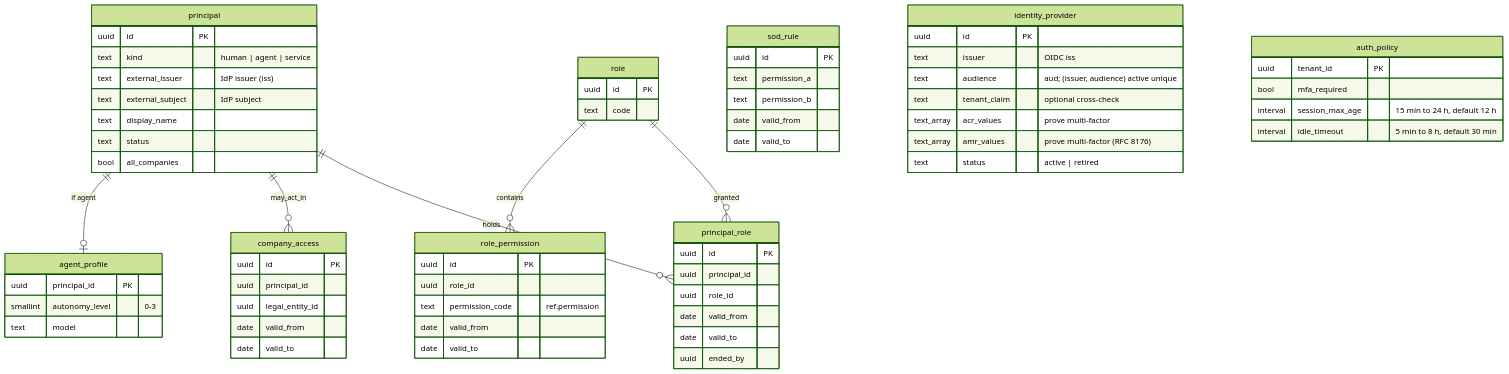
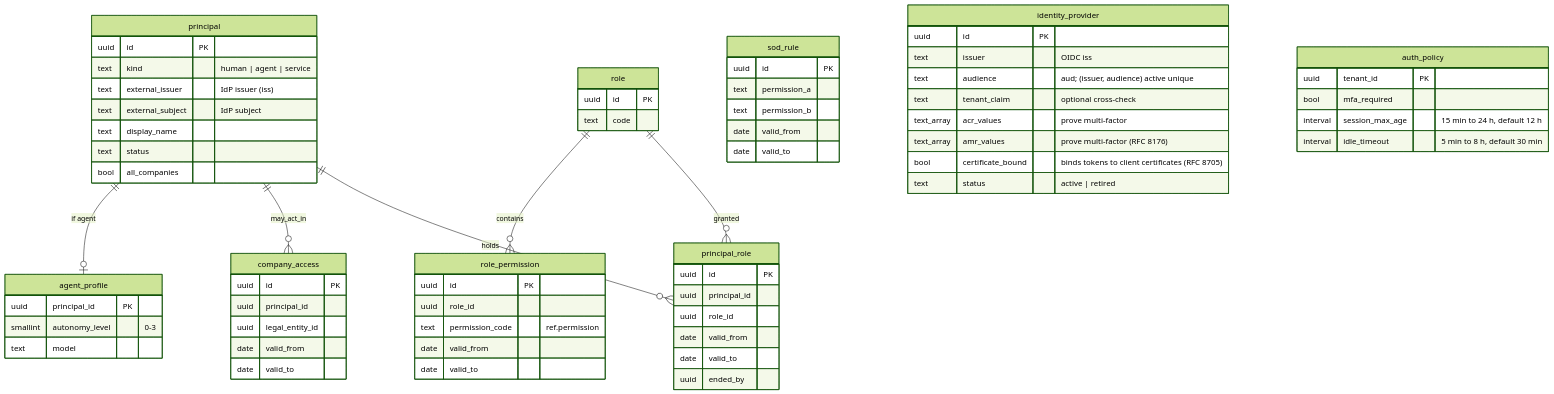
One commit to mustie7iy/agentic-erp changed the second of 9 diagrams in docs/design/03-data-model.md. Above: the diagram before and after it, drawn with Mermaid (forest theme). The commit also changed other lines of this file and 3 other files, not shown here.

First line of the commit message:
Migration 000058: identity providers say whether they bind tokens to certificates (T38d)

````diff
--- a/docs/design/03-data-model.md
+++ b/docs/design/03-data-model.md
@@ -134,54 +134,55 @@
 ```mermaid
 erDiagram
   principal ||--o{ principal_role : holds
   role ||--o{ principal_role : granted
   role ||--o{ role_permission : contains
   principal ||--o{ company_access : may_act_in
   principal ||--o| agent_profile : "if agent"
   principal {
     uuid id PK
     text kind "human | agent | service"
     text external_issuer "IdP issuer (iss)"
     text external_subject "IdP subject"
     text display_name
     text status
     bool all_companies
   }
   role { uuid id PK
     text code }
   role_permission { uuid id PK
     uuid role_id
     text permission_code "ref.permission"
     date valid_from
     date valid_to }
   principal_role { uuid id PK
     uuid principal_id
     uuid role_id
     date valid_from
     date valid_to
     uuid ended_by }
   company_access { uuid id PK
     uuid principal_id
     uuid legal_entity_id
     date valid_from
     date valid_to }
   sod_rule { uuid id PK
     text permission_a
     text permission_b
     date valid_from
     date valid_to }
   agent_profile { uuid principal_id PK
     smallint autonomy_level "0-3"
     text model }
   identity_provider { uuid id PK
     text issuer "OIDC iss"
     text audience "aud; (issuer, audience) active unique"
     text tenant_claim "optional cross-check"
     text_array acr_values "prove multi-factor"
     text_array amr_values "prove multi-factor (RFC 8176)"
+    bool certificate_bound "binds tokens to client certificates (RFC 8705)"
     text status "active | retired" }
   auth_policy { uuid tenant_id PK
     bool mfa_required
     interval session_max_age "15 min to 24 h, default 12 h"
     interval idle_timeout "5 min to 8 h, default 30 min" }
 ```
````
